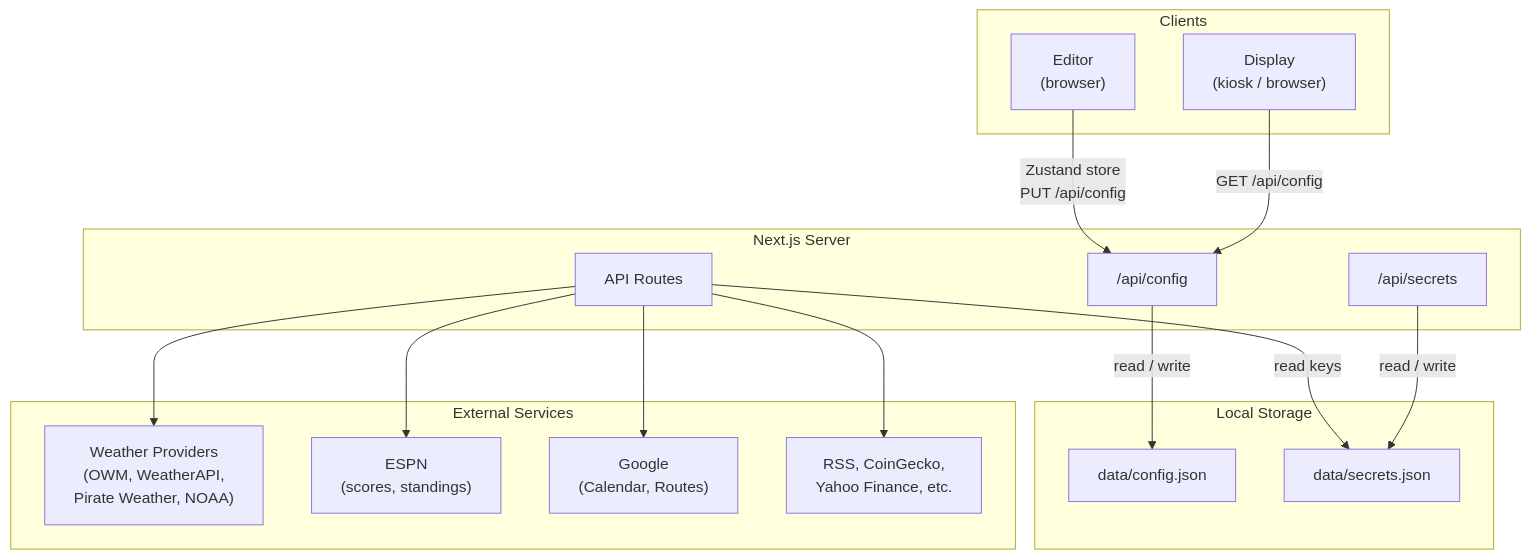
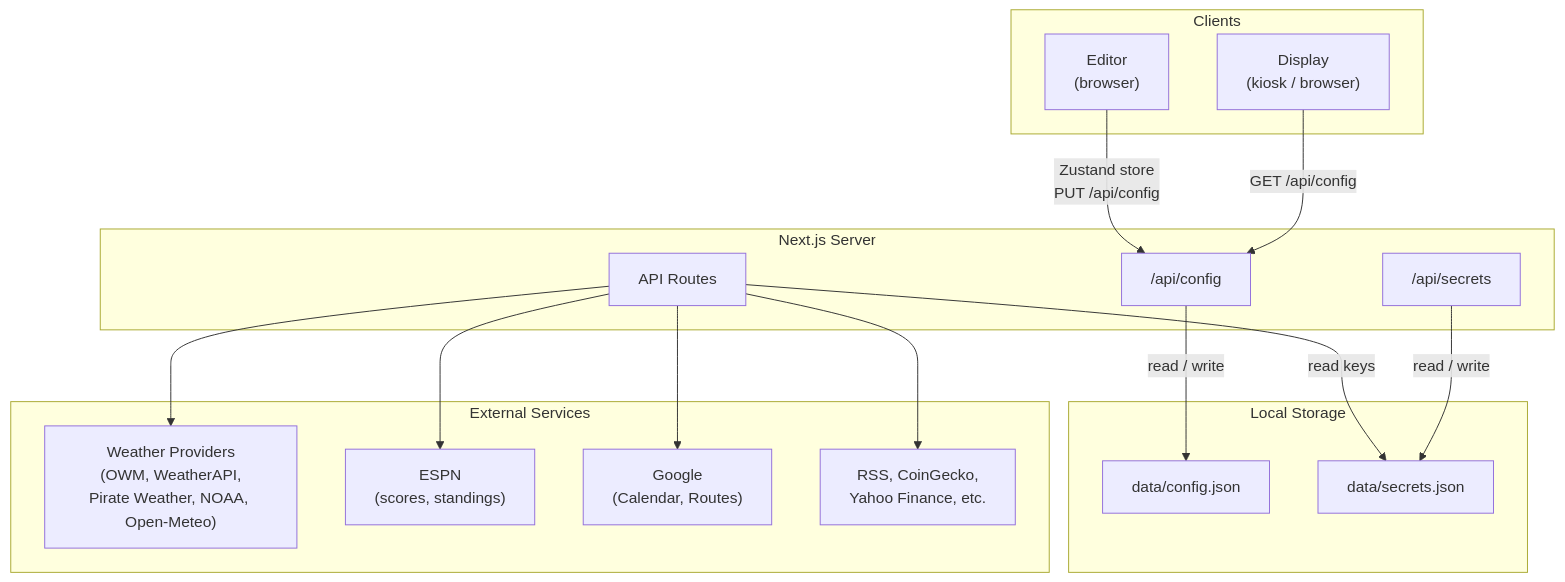
One commit to agent462/home-screens changed the first of 3 diagrams in README.md. Above: the diagram before and after it, drawn with Mermaid. The commit also changed other lines of this file and 15 other files, not shown here.

First line of the commit message:
Open-Meteo weather provider — free, no API key, global coverage

````diff
--- a/README.md
+++ b/README.md
@@ -38,35 +38,35 @@
 ```mermaid
 graph TB
     subgraph Clients
         Editor["Editor<br/>(browser)"]
         Display["Display<br/>(kiosk / browser)"]
     end
 
     subgraph "Next.js Server"
         API["API Routes"]
         ConfigAPI["/api/config"]
         SecretsAPI["/api/secrets"]
     end
 
     subgraph "Local Storage"
         Config["data/config.json"]
         Secrets["data/secrets.json"]
     end
 
     subgraph "External Services"
-        Weather["Weather Providers<br/>(OWM, WeatherAPI,<br/>Pirate Weather, NOAA)"]
+        Weather["Weather Providers<br/>(OWM, WeatherAPI,<br/>Pirate Weather, NOAA, Open-Meteo)"]
         ESPN["ESPN<br/>(scores, standings)"]
         Google["Google<br/>(Calendar, Routes)"]
         Other["RSS, CoinGecko,<br/>Yahoo Finance, etc."]
     end
 
     Editor -- "Zustand store<br/>PUT /api/config" --> ConfigAPI
     ConfigAPI -- "read / write" --> Config
     Display -- "GET /api/config" --> ConfigAPI
     API -- "read keys" --> Secrets
     SecretsAPI -- "read / write" --> Secrets
     API --> Weather
     API --> ESPN
     API --> Google
     API --> Other
 ```
````
